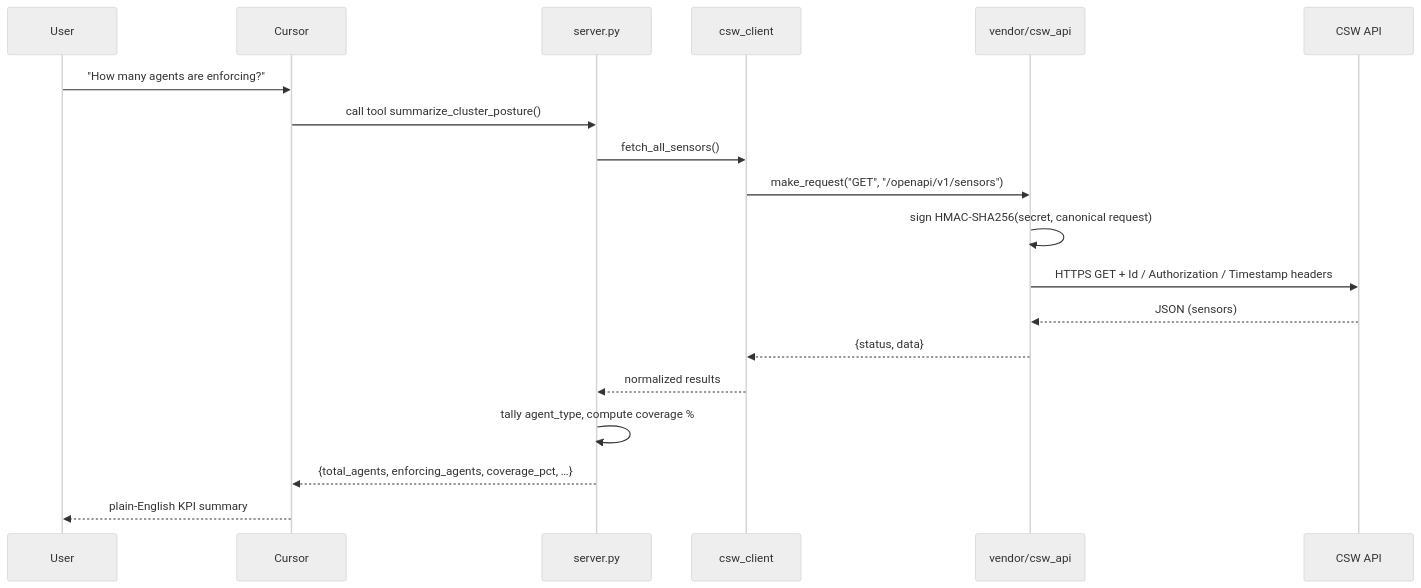
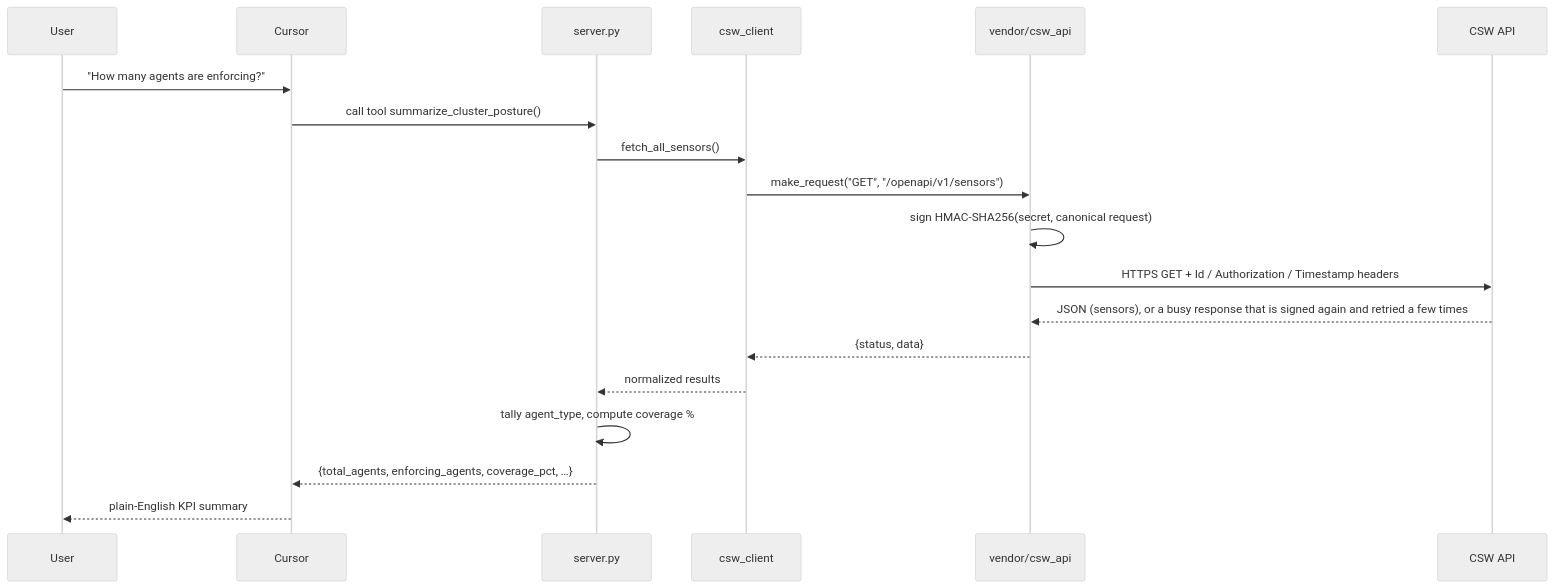
Before and after one commit to chandrapati/csw-mcp: the second of 2 diagrams in docs/ARCHITECTURE.md, drawn with Mermaid (neutral theme). The commit also changed other lines of this file and 3 other files, not shown here.

First line of the commit message:
Retry a busy read a few times so the data still comes back.

````diff
--- a/docs/ARCHITECTURE.md
+++ b/docs/ARCHITECTURE.md
@@ -51,22 +51,22 @@
 ```mermaid
 sequenceDiagram
     participant U as User
     participant C as Cursor
     participant S as server.py
     participant K as csw_client
     participant A as vendor/csw_api
     participant X as CSW API
 
     U->>C: "How many agents are enforcing?"
     C->>S: call tool summarize_cluster_posture()
     S->>K: fetch_all_sensors()
     K->>A: make_request("GET", "/openapi/v1/sensors")
     A->>A: sign HMAC-SHA256(secret, canonical request)
     A->>X: HTTPS GET + Id / Authorization / Timestamp headers
-    X-->>A: JSON (sensors)
+    X-->>A: JSON (sensors), or a busy response that is signed again and retried a few times
     A-->>K: {status, data}
     K-->>S: normalized results
     S->>S: tally agent_type, compute coverage %
     S-->>C: {total_agents, enforcing_agents, coverage_pct, …}
     C-->>U: plain-English KPI summary
 ```
````
